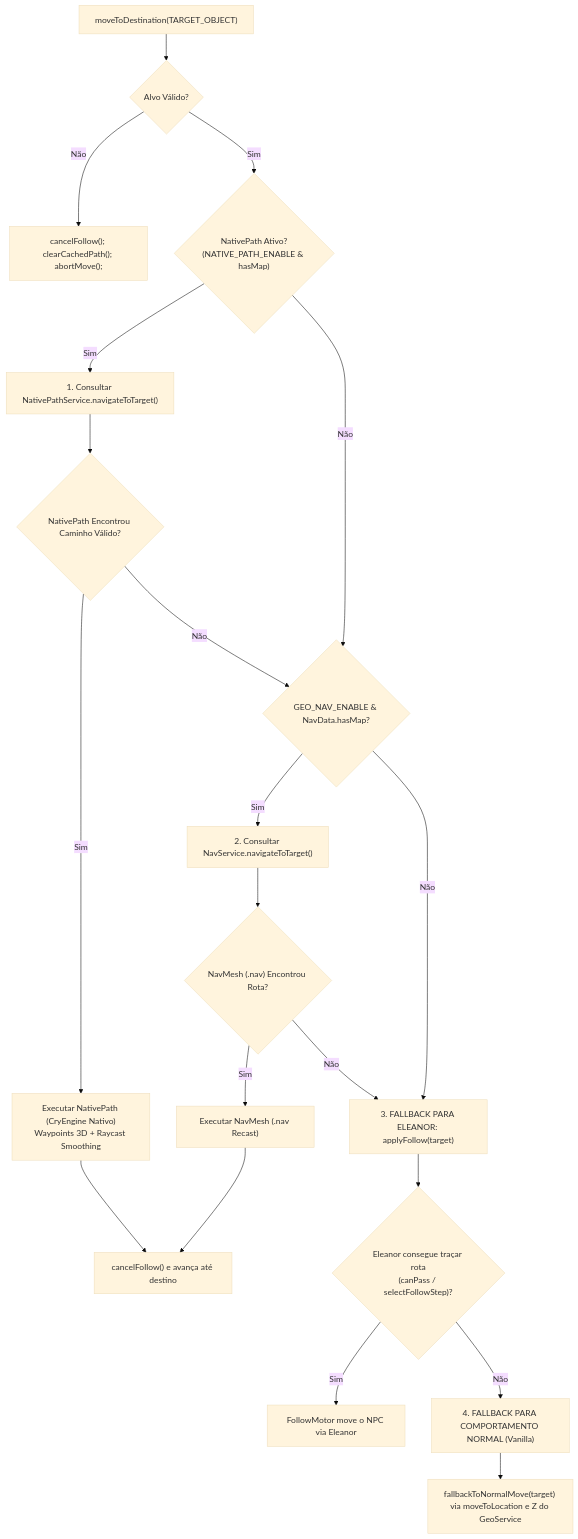
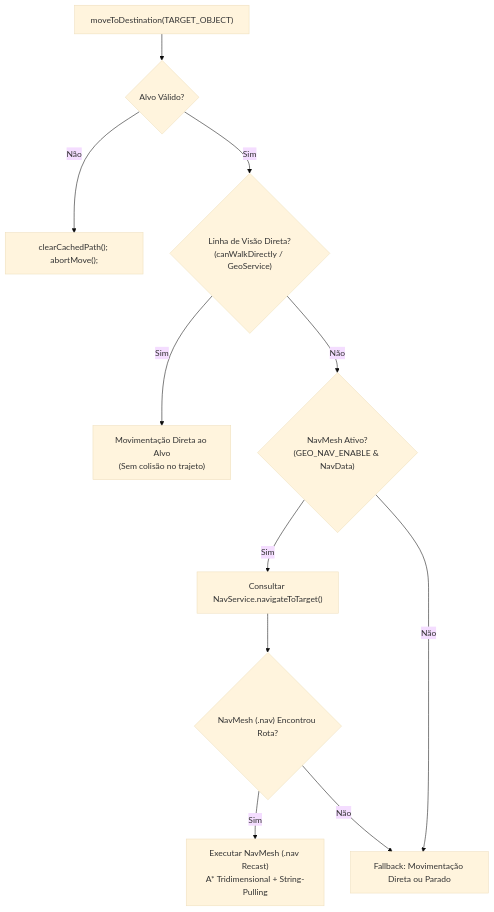
The diagram in Código Fonte - Emulador/game-server/src/com/aionemu/gameserver/controllers/movement/README.md (kamidaki/aion-classic-5.0), drawn with Mermaid (base theme) before and after one commit. The commit also changed other lines of this file and 483 other files, not shown here.

Commit message:
feat(navmesh): restauracao completa do sistema de navegacao navmesh (.nav) e desativacao do nativepath

````diff
--- a/Código Fonte - Emulador/game-server/src/com/aionemu/gameserver/controllers/movement/README.md
+++ b/Código Fonte - Emulador/game-server/src/com/aionemu/gameserver/controllers/movement/README.md
@@ -8,30 +7,19 @@
 ```mermaid
 flowchart TD
     Start["moveToDestination(TARGET_OBJECT)"] --> CheckTarget{"Alvo Válido?"}
-    CheckTarget -- Não --> Cancel["cancelFollow(); clearCachedPath(); abortMove();"]
-    CheckTarget -- Sim --> CheckNative{"NativePath Ativo?<br/>(NATIVE_PATH_ENABLE & hasMap)"}
+    CheckTarget -- Não --> Cancel["clearCachedPath(); abortMove();"]
+    CheckTarget -- Sim --> CheckLOS{"Linha de Visão Direta?<br/>(canWalkDirectly / GeoService)"}
 
-    %% CAMADA 1: NATIVE-PATH
-    CheckNative -- Sim --> NativeQuery["1. Consultar NativePathService.navigateToTarget()"]
-    NativeQuery --> NativeSuccess{"NativePath Encontrou Caminho Válido?"}
-    NativeSuccess -- Sim --> ExecNative["Executar NativePath (CryEngine Nativo)<br/>Waypoints 3D + Raycast Smoothing"]
-    ExecNative --> CancelEleanor["cancelFollow() e avança até destino"]
+    %% CAMADA DIRETA
+    CheckLOS -- Sim --> MoveDirect["Movimentação Direta ao Alvo<br/>(Sem colisão no trajeto)"]
 
-    %% CAMADA 2: NAVMESH (.NAV)
-    CheckNative -- Não --> CheckNav{"GEO_NAV_ENABLE & NavData.hasMap?"}
-    NativeSuccess -- Não --> CheckNav
-    CheckNav -- Sim --> NavQuery["2. Consultar NavService.navigateToTarget()"]
+    %% CAMADA NAVMESH (.NAV)
+    CheckLOS -- Não --> CheckNav{"NavMesh Ativo?<br/>(GEO_NAV_ENABLE & NavData)"}
+    CheckNav -- Sim --> NavQuery["Consultar NavService.navigateToTarget()"]
     NavQuery --> NavSuccess{"NavMesh (.nav) Encontrou Rota?"}
-    NavSuccess -- Sim --> ExecNav["Executar NavMesh (.nav Recast)"]
-    ExecNav --> CancelEleanor
+    NavSuccess -- Sim --> ExecNav["Executar NavMesh (.nav Recast)<br/>A* Tridimensional + String-Pulling"]
 
-    %% CAMADA 3: ELEANOR
-    CheckNav -- Não --> TryEleanor["3. FALLBACK PARA ELEANOR: applyFollow(target)"]
-    NavSuccess -- Não --> TryEleanor
-    TryEleanor --> EleanorCheck{"Eleanor consegue traçar rota<br/>(canPass / selectFollowStep)?"}
-    EleanorCheck -- Sim --> ExecEleanor["FollowMotor move o NPC via Eleanor"]
-
-    %% CAMADA 4: VANILLA / COMPORTAMENTO NORMAL
-    EleanorCheck -- Não --> NormalMove["4. FALLBACK PARA COMPORTAMENTO NORMAL (Vanilla)"]
-    NormalMove --> ExecNormal["fallbackToNormalMove(target) via moveToLocation e Z do GeoService"]
+    %% FALLBACK
+    CheckNav -- Não --> FallbackDirect["Fallback: Movimentação Direta ou Parado"]
+    NavSuccess -- Não --> FallbackDirect
 ```
````
